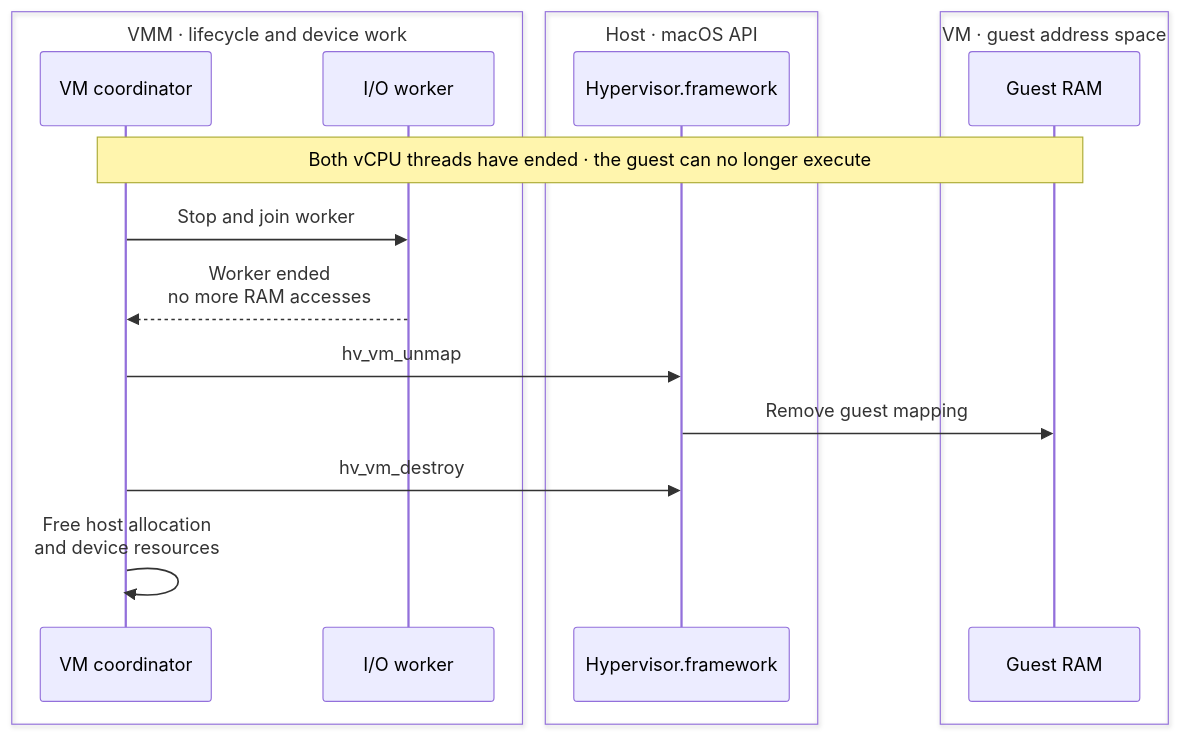
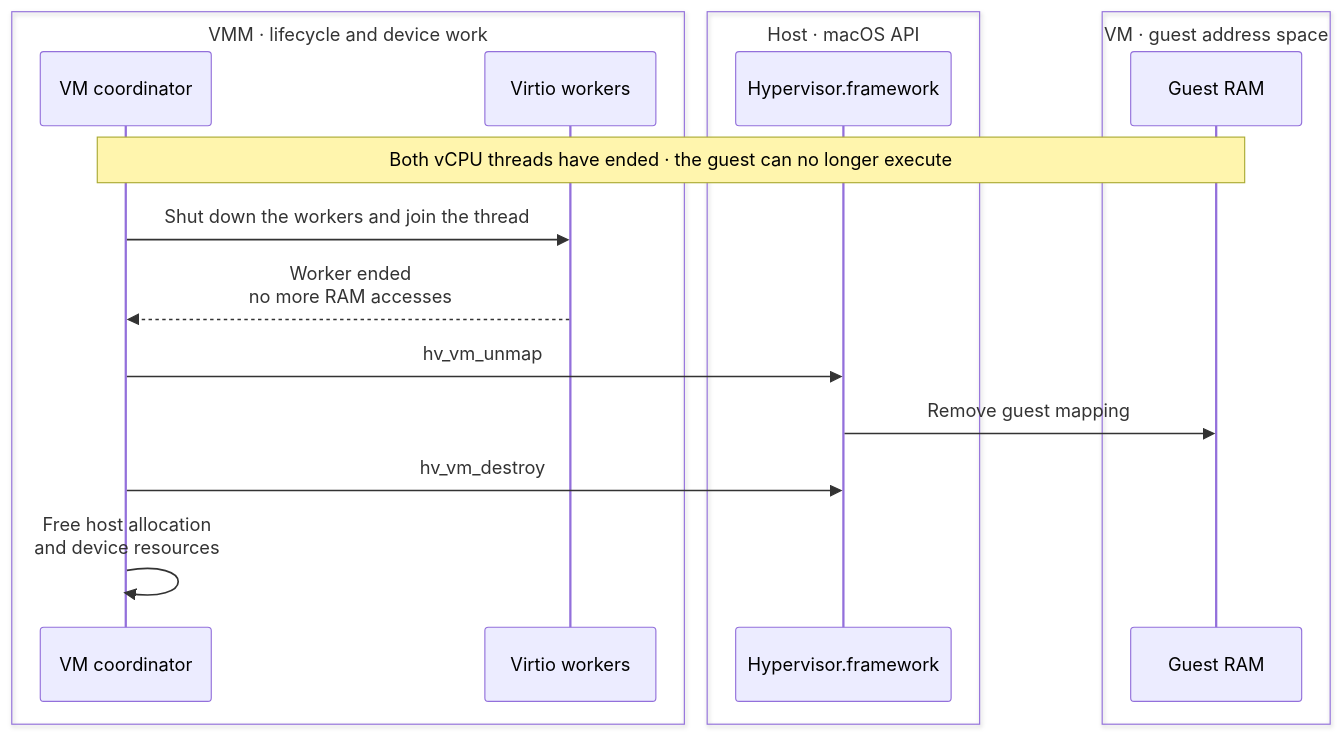
One commit to boxlite-ai/boxlite changed the ninth of 9 diagrams in docs/contributing/architecture/vmm/hvf.md. Above: the diagram before and after it, drawn with Mermaid. The commit also changed other lines of this file and 21 other files, not shown here.

First line of the commit message:
feat(vmm): add the virtio workers

````diff
--- a/docs/contributing/architecture/vmm/hvf.md
+++ b/docs/contributing/architecture/vmm/hvf.md
@@ -266,26 +266,26 @@
 ```mermaid
 sequenceDiagram
   box VMM · lifecycle and device work
     participant coordinator as VM coordinator
-    participant worker as I/O worker
+    participant worker as Virtio workers
   end
   box Host · macOS API
     participant hvf as Hypervisor.framework
   end
   box VM · guest address space
     participant guest_ram as Guest RAM
   end
   Note over coordinator,guest_ram: Both vCPU threads have ended · the guest can no longer execute
   %% edge:stop_worker
-  coordinator->>worker: Stop and join worker
+  coordinator->>worker: Shut down the workers and join the thread
   %% edge:stop_worker_done
   worker-->>coordinator: Worker ended<br/>no more RAM accesses
   %% edge:stop_unmap
   coordinator->>hvf: hv_vm_unmap
   %% edge:stop_ram_view
   hvf->>guest_ram: Remove guest mapping
   %% edge:stop_destroy_vm
   coordinator->>hvf: hv_vm_destroy
   %% edge:stop_free
   coordinator->>coordinator: Free host allocation<br/>and device resources
 ```
````
